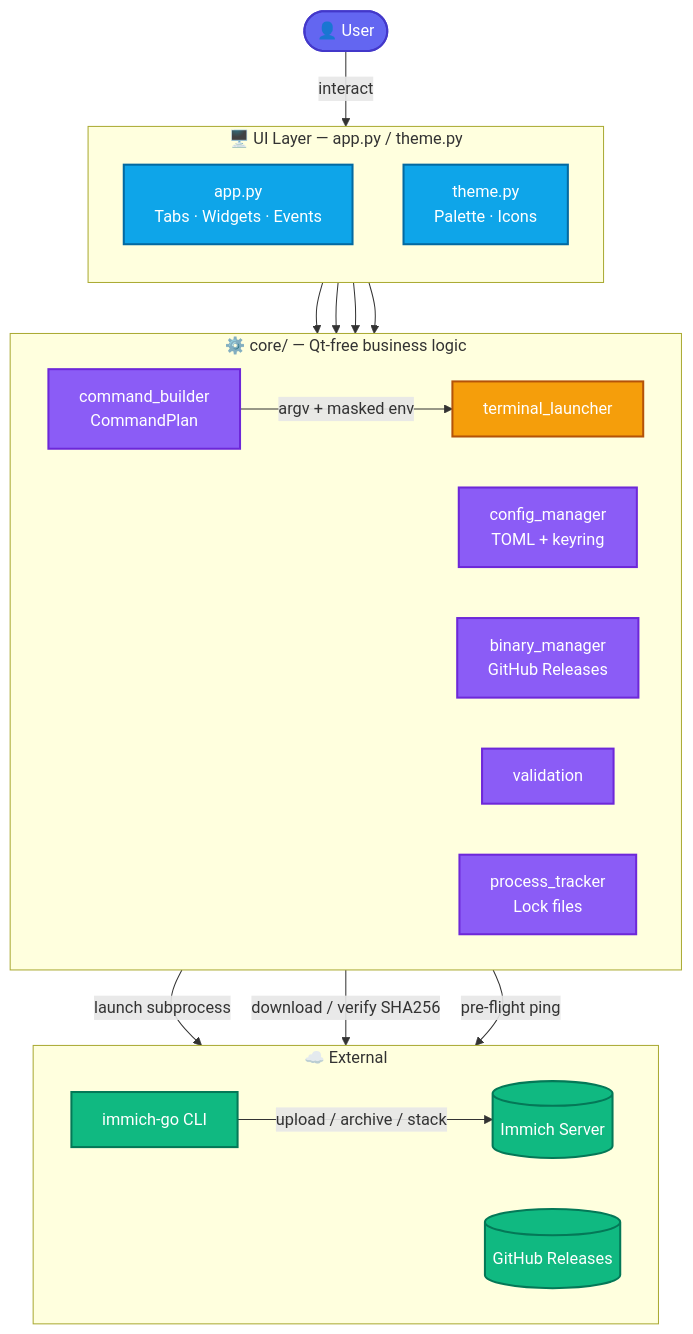
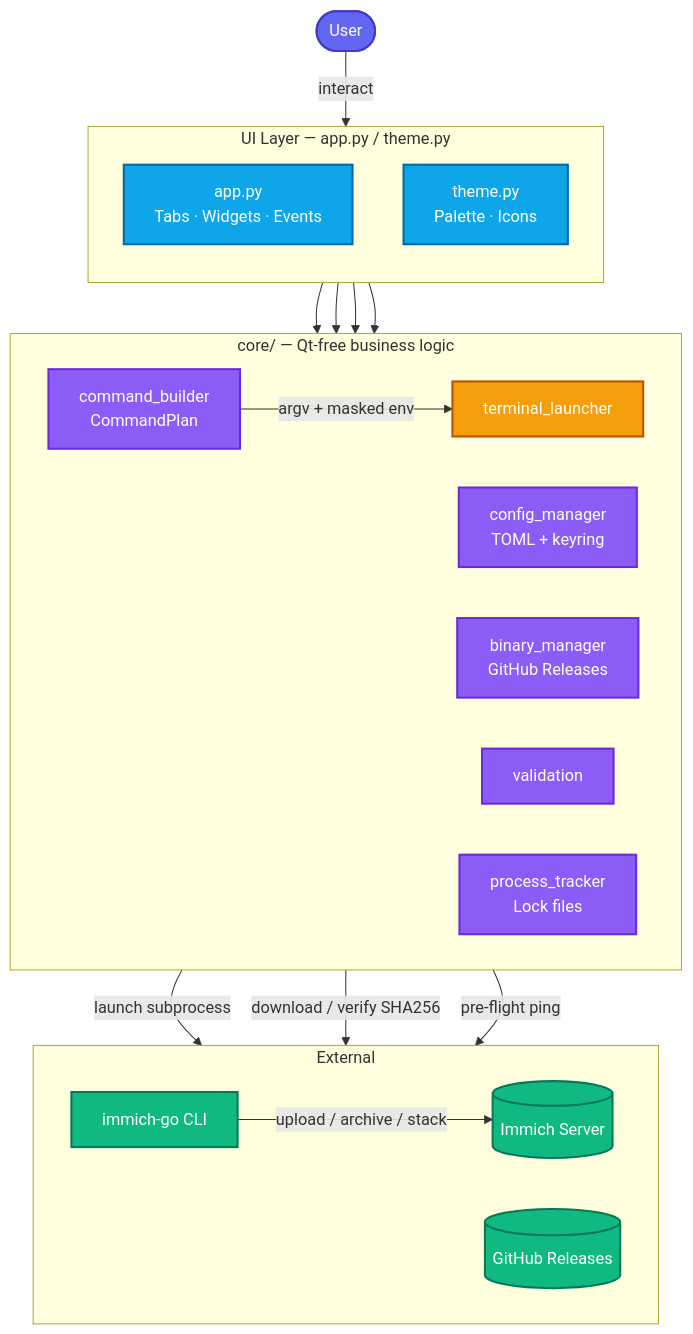
One commit to shitan198u/immich-go-gui changed the first of 3 diagrams in docs/developer-guide/architecture.md. Above: the diagram before and after it, drawn with Mermaid. The commit also changed other lines of this file and 21 other files, not shown here.

````diff
--- a/docs/developer-guide/architecture.md
+++ b/docs/developer-guide/architecture.md
@@ -7,45 +7,45 @@
 ```mermaid
 flowchart TB
     classDef userStyle fill:#6366f1,stroke:#4338ca,color:#fff,stroke-width:2px
     classDef uiStyle fill:#0ea5e9,stroke:#0369a1,color:#fff,stroke-width:2px
     classDef coreStyle fill:#8b5cf6,stroke:#6d28d9,color:#fff,stroke-width:2px
     classDef runStyle fill:#f59e0b,stroke:#b45309,color:#fff,stroke-width:2px
     classDef extStyle fill:#10b981,stroke:#047857,color:#fff,stroke-width:2px
     classDef storStyle fill:#ec4899,stroke:#be185d,color:#fff,stroke-width:2px
 
-    User([👤 User]):::userStyle
+    User([User]):::userStyle
 
-    subgraph UI["🖥️  UI Layer — app.py / theme.py"]
+    subgraph UI["UI Layer — app.py / theme.py"]
         direction TB
         AppPy[app.py\nTabs · Widgets · Events]:::uiStyle
         ThemePy[theme.py\nPalette · Icons]:::uiStyle
     end
 
-    subgraph Core["⚙️  core/ — Qt-free business logic"]
+    subgraph Core["core/ — Qt-free business logic"]
         direction LR
         Builder[command_builder\nCommandPlan]:::coreStyle
         Config[config_manager\nTOML + keyring]:::coreStyle
         BinMgr[binary_manager\nGitHub Releases]:::coreStyle
         Validator[validation]:::coreStyle
         Tracker[process_tracker\nLock files]:::coreStyle
         Terminal[terminal_launcher]:::runStyle
     end
 
-    subgraph Ext["☁️  External"]
+    subgraph Ext["External"]
         direction LR
         ImmichGo[immich-go CLI]:::extStyle
         ImmichAPI[(Immich Server)]:::extStyle
         GitHub[(GitHub Releases)]:::extStyle
     end
 
     User -->|interact| UI
     AppPy --> Builder
     AppPy --> Config
     AppPy --> BinMgr
     AppPy --> Tracker
     Builder -->|argv + masked env| Terminal
     Terminal -->|launch subprocess| ImmichGo
     BinMgr -->|download / verify SHA256| GitHub
     Config -->|pre-flight ping| ImmichAPI
     ImmichGo -->|upload / archive / stack| ImmichAPI
 ```
````
